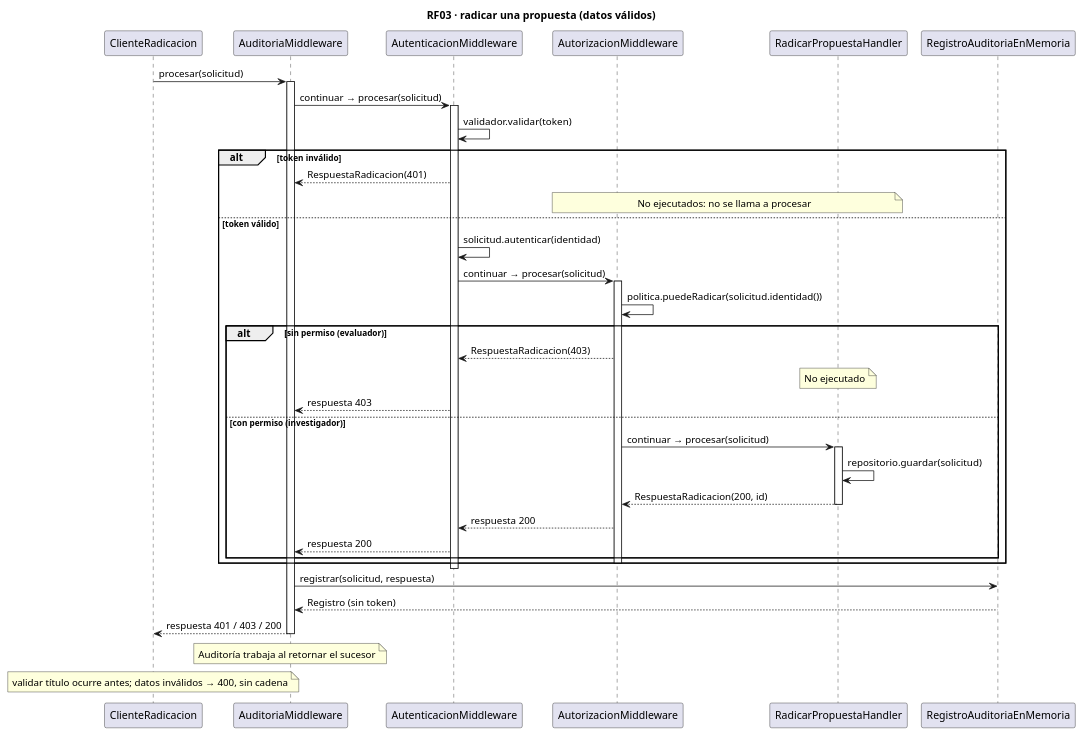
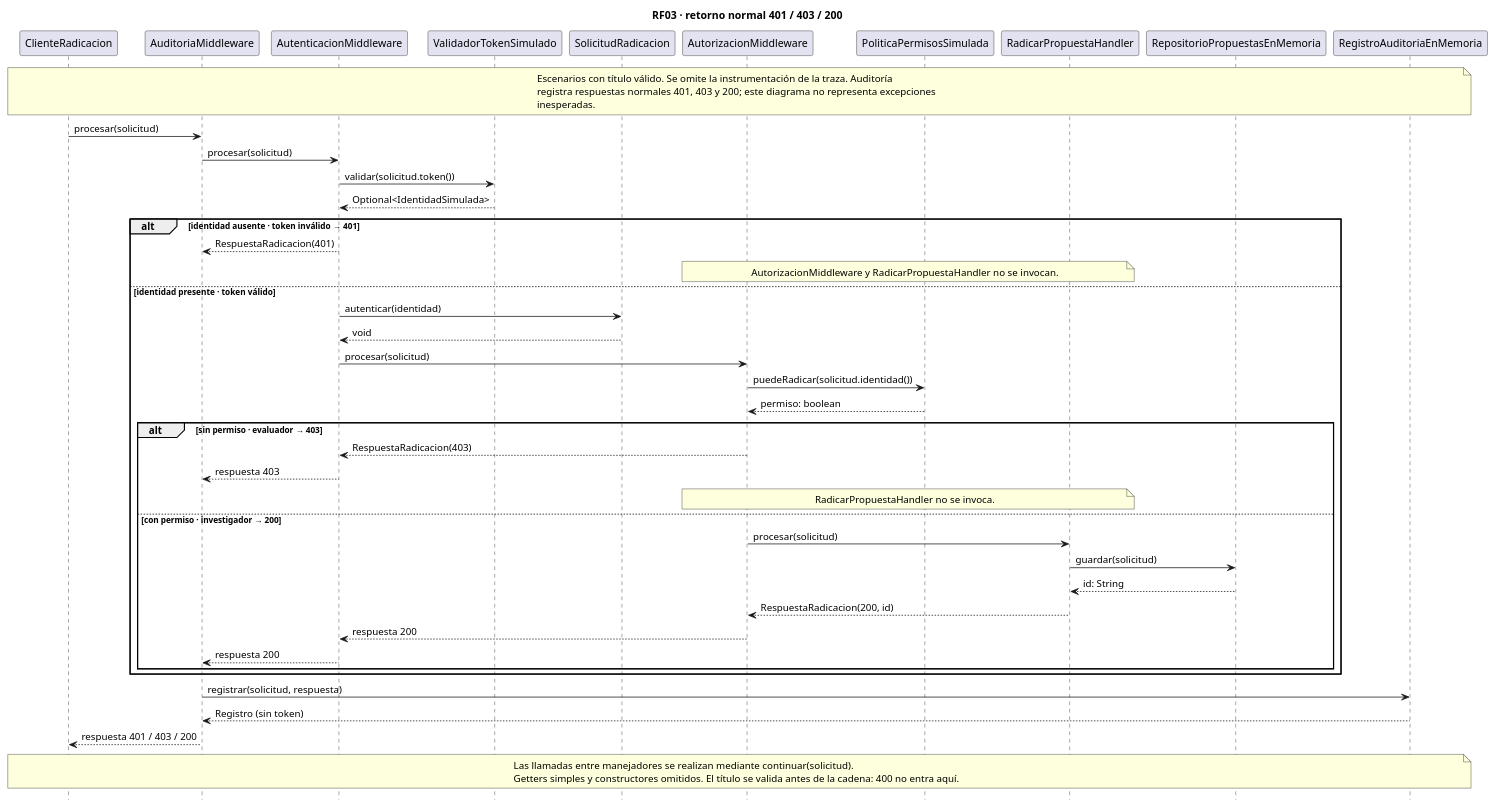
Before and after one commit to Crisiszzz07/RF03-Middleware: the diagram in src/main/resources/static/uml/secuencia.puml, drawn with PlantUML. The commit also changed 9 other files, not shown here.

Commit message:
fix(uml): alinear referencias y secuencias con la implementacion Java

```diff
--- a/src/main/resources/static/uml/secuencia.puml
+++ b/src/main/resources/static/uml/secuencia.puml
@@ -1,44 +1,52 @@
 @startuml
-title RF03 · radicar una propuesta (datos válidos)
+title RF03 · retorno normal 401 / 403 / 200
+hide footbox
 participant ClienteRadicacion as C
 participant AuditoriaMiddleware as A
 participant AutenticacionMiddleware as N
+participant ValidadorTokenSimulado as V
+participant SolicitudRadicacion as Q
 participant AutorizacionMiddleware as Z
+participant PoliticaPermisosSimulada as P
 participant RadicarPropuestaHandler as R
+participant RepositorioPropuestasEnMemoria as D
 participant RegistroAuditoriaEnMemoria as L
+note over C,L
+Escenarios con título válido. Se omite la instrumentación de la traza. Auditoría
+registra respuestas normales 401, 403 y 200; este diagrama no representa excepciones
+inesperadas.
+end note
 C -> A : procesar(solicitud)
-activate A
-A -> N : continuar → procesar(solicitud)
-activate N
-N -> N : validador.validar(token)
-alt token inválido
+A -> N : procesar(solicitud)
+N -> V : validar(solicitud.token())
+V --> N : Optional<IdentidadSimulada>
+alt identidad ausente · token inválido → 401
   N --> A : RespuestaRadicacion(401)
-  note over Z,R : No ejecutados: no se llama a procesar
-else token válido
-  N -> N : solicitud.autenticar(identidad)
-  N -> Z : continuar → procesar(solicitud)
-  activate Z
-  Z -> Z : politica.puedeRadicar(solicitud.identidad())
-  alt sin permiso (evaluador)
+  note over Z,R : AutorizacionMiddleware y RadicarPropuestaHandler no se invocan.
+else identidad presente · token válido
+  N -> Q : autenticar(identidad)
+  Q --> N : void
+  N -> Z : procesar(solicitud)
+  Z -> P : puedeRadicar(solicitud.identidad())
+  P --> Z : permiso: boolean
+  alt sin permiso · evaluador → 403
     Z --> N : RespuestaRadicacion(403)
-    note over R : No ejecutado
     N --> A : respuesta 403
-  else con permiso (investigador)
-    Z -> R : continuar → procesar(solicitud)
-    activate R
-    R -> R : repositorio.guardar(solicitud)
+    note over Z,R : RadicarPropuestaHandler no se invoca.
+  else con permiso · investigador → 200
+    Z -> R : procesar(solicitud)
+    R -> D : guardar(solicitud)
+    D --> R : id: String
     R --> Z : RespuestaRadicacion(200, id)
-    deactivate R
     Z --> N : respuesta 200
     N --> A : respuesta 200
   end
-  deactivate Z
 end
-deactivate N
 A -> L : registrar(solicitud, respuesta)
 L --> A : Registro (sin token)
 A --> C : respuesta 401 / 403 / 200
-deactivate A
-note over A : Auditoría trabaja al retornar el sucesor
-note over C : validar título ocurre antes; datos inválidos → 400, sin cadena
+note over C,L
+Las llamadas entre manejadores se realizan mediante continuar(solicitud).
+Getters simples y constructores omitidos. El título se valida antes de la cadena: 400 no entra aquí.
+end note
 @enduml
```
